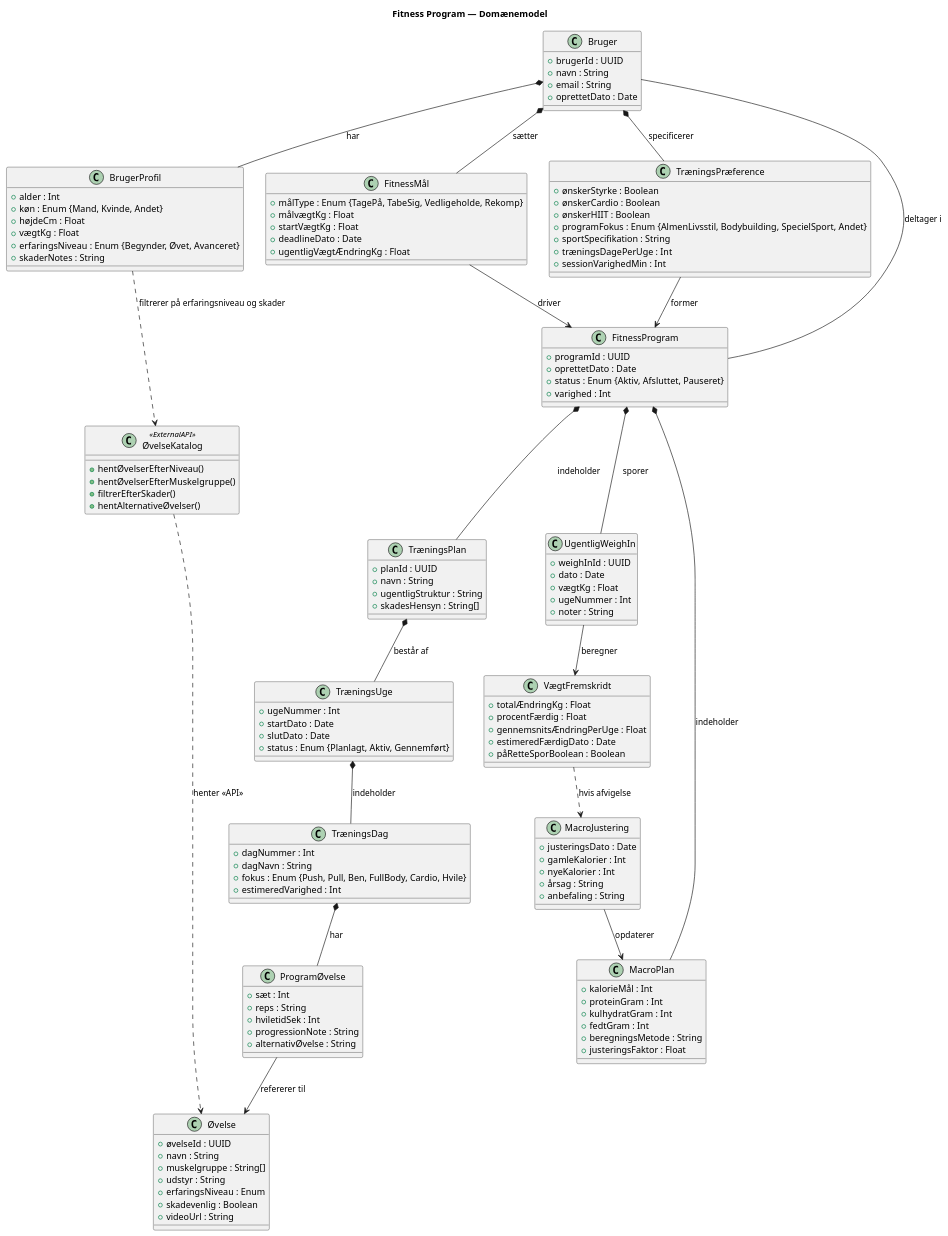
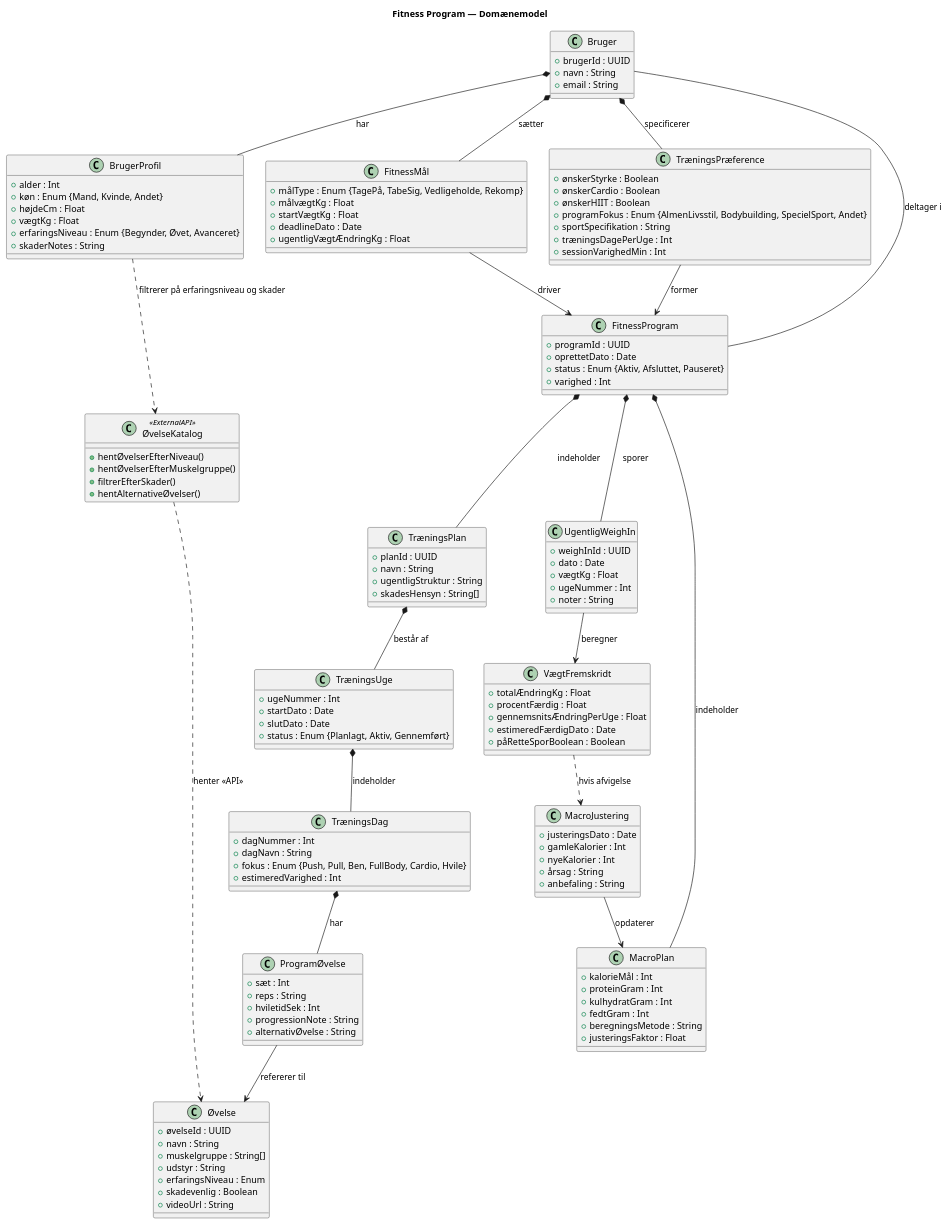
Before and after one commit to thooleif/ICE-Opgave: the diagram in doc/DomainModel.puml, drawn with PlantUML. The commit also changed 2 other files, not shown here.

Commit message:
klassediagram updated med metoder

```diff
--- a/doc/DomainModel.puml
+++ b/doc/DomainModel.puml
@@ -1,151 +1,151 @@
 @startuml FitnessDomainModel
 
 
 title Fitness Program — Domænemodel
 
 class Bruger {
   + brugerId : UUID
   + navn : String
   + email : String
-  + oprettetDato : Date
+
 }
 
 class BrugerProfil {
   + alder : Int
   + køn : Enum {Mand, Kvinde, Andet}
   + højdeCm : Float
   + vægtKg : Float
   + erfaringsNiveau : Enum {Begynder, Øvet, Avanceret}
   + skaderNotes : String
 }
 
 class FitnessMål {
   + målType : Enum {TagePå, TabeSig, Vedligeholde, Rekomp}
   + målvægtKg : Float
   + startVægtKg : Float
   + deadlineDato : Date
   + ugentligVægtÆndringKg : Float
 }
 
 class TræningsPræference {
   + ønskerStyrke : Boolean
   + ønskerCardio : Boolean
   + ønskerHIIT : Boolean
   + programFokus : Enum {AlmenLivsstil, Bodybuilding, SpecielSport, Andet}
   + sportSpecifikation : String
   + træningsDagePerUge : Int
   + sessionVarighedMin : Int
 }
 
 class FitnessProgram {
   + programId : UUID
   + oprettetDato : Date
   + status : Enum {Aktiv, Afsluttet, Pauseret}
   + varighed : Int
 }
 
 class MacroPlan {
   + kalorieMål : Int
   + proteinGram : Int
   + kulhydratGram : Int
   + fedtGram : Int
   + beregningsMetode : String
   + justeringsFaktor : Float
 }
 
 class TræningsPlan {
   + planId : UUID
   + navn : String
   + ugentligStruktur : String
   + skadesHensyn : String[]
 }
 
 class TræningsUge {
   + ugeNummer : Int
   + startDato : Date
   + slutDato : Date
   + status : Enum {Planlagt, Aktiv, Gennemført}
 }
 
 class TræningsDag {
   + dagNummer : Int
   + dagNavn : String
   + fokus : Enum {Push, Pull, Ben, FullBody, Cardio, Hvile}
   + estimeredVarighed : Int
 }
 
 class ØvelseKatalog <<ExternalAPI>> {
   + hentØvelserEfterNiveau()
   + hentØvelserEfterMuskelgruppe()
   + filtrerEfterSkader()
   + hentAlternativeØvelser()
 }
 
 class Øvelse {
   + øvelseId : UUID
   + navn : String
   + muskelgruppe : String[]
   + udstyr : String
   + erfaringsNiveau : Enum
   + skadevenlig : Boolean
   + videoUrl : String
 }
 
 class ProgramØvelse {
   + sæt : Int
   + reps : String
   + hviletidSek : Int
   + progressionNote : String
   + alternativØvelse : String
 }
 
 class UgentligWeighIn {
   + weighInId : UUID
   + dato : Date
   + vægtKg : Float
   + ugeNummer : Int
   + noter : String
 }
 
 class VægtFremskridt {
   + totalÆndringKg : Float
   + procentFærdig : Float
   + gennemsnitsÆndringPerUge : Float
   + estimeredFærdigDato : Date
   + påRetteSporBoolean : Boolean
 }
 
 class MacroJustering {
   + justeringsDato : Date
   + gamleKalorier : Int
   + nyeKalorier : Int
   + årsag : String
   + anbefaling : String
 }
 
 Bruger *-- BrugerProfil : har
 Bruger *-- FitnessMål : sætter
 Bruger *-- TræningsPræference : specificerer
 Bruger -- FitnessProgram : deltager i
 
 FitnessMål --> FitnessProgram : driver
 TræningsPræference --> FitnessProgram : former
 
 FitnessProgram *-- MacroPlan : indeholder
 FitnessProgram *-- TræningsPlan : indeholder
 FitnessProgram *-- UgentligWeighIn : sporer
 
 TræningsPlan *-- TræningsUge : består af
 TræningsUge *-- TræningsDag : indeholder
 
 TræningsDag *-- ProgramØvelse : har
 ProgramØvelse --> Øvelse : refererer til
 
 ØvelseKatalog ..> Øvelse : henter <<API>>
 BrugerProfil ..> ØvelseKatalog : filtrerer på erfaringsniveau og skader
 
 UgentligWeighIn --> VægtFremskridt : beregner
 VægtFremskridt ..> MacroJustering : hvis afvigelse
 MacroJustering --> MacroPlan : opdaterer
 
 @enduml
```
